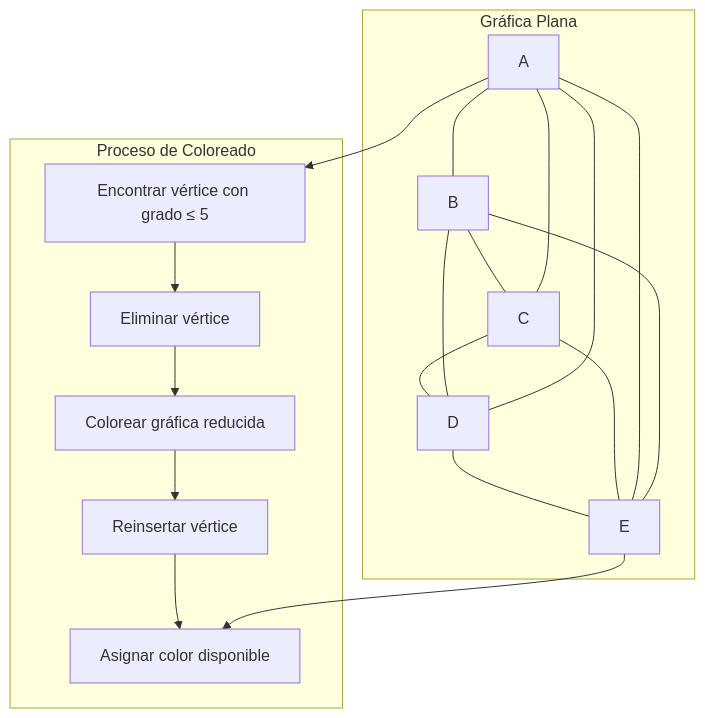
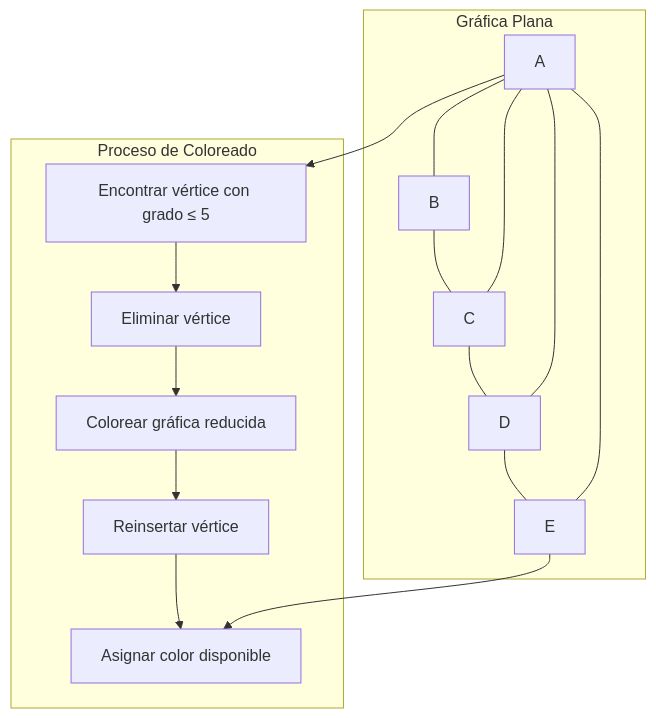
The diagram in public/documents/semester-2/3/2374.md (djaimej/computer-science-template), drawn with Mermaid before and after one commit. The commit also changed other lines of this file and 38 other files, not shown here.

````diff
--- a/public/documents/semester-2/3/2374.md
+++ b/public/documents/semester-2/3/2374.md
@@ -110,37 +101,34 @@
 ```mermaid
 graph TD
     subgraph Gráfica Plana
         A
         B
         C
         D
         E
 
         A --- B
         B --- C
         C --- D
         D --- E
         E --- A
         A --- C
-        B --- D
-        C --- E
-        D --- A
-        E --- B
+        A --- D
     end
 
     subgraph Proceso de Coloreado
         P1[Encontrar vértice con grado ≤ 5] --> P2[Eliminar vértice]
         P2 --> P3[Colorear gráfica reducida]
         P3 --> P4[Reinsertar vértice]
         P4 --> P5[Asignar color disponible]
     end
 
     A:::razzmatazz
     B:::green
     C:::purple
-    D:::dandelion
-    E:::pink
+    D:::green
+    E:::purple
 
     A --> P1
     E --> P5
 ```
````
